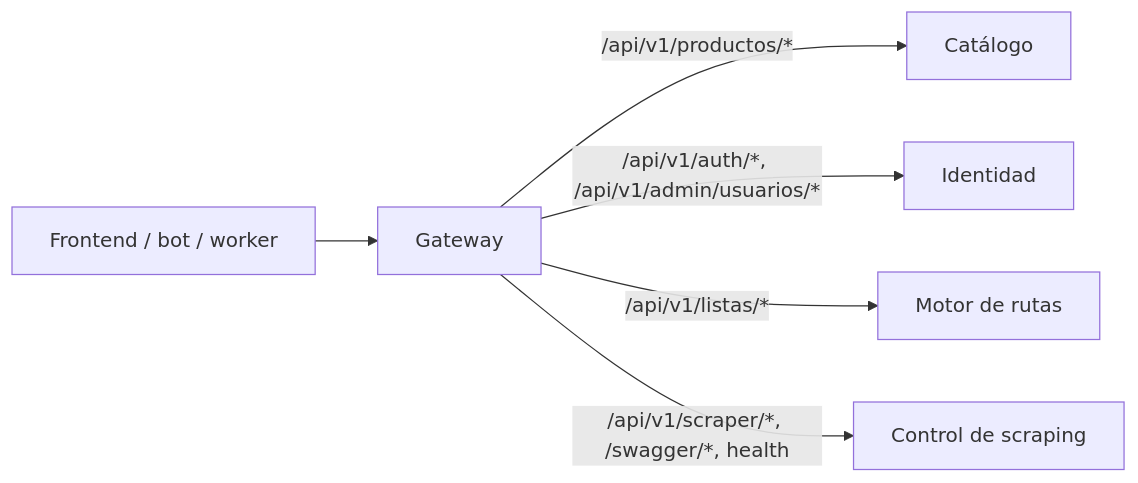
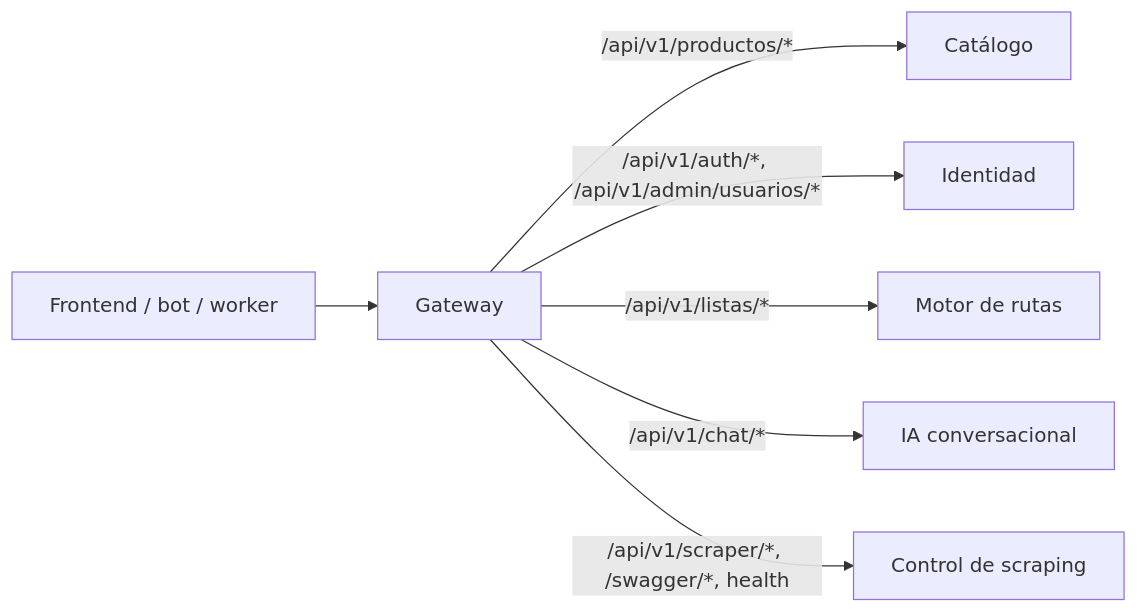
One commit to RutaAhorro/Taller_integracion_III changed the diagram in backend/gateway/README.md. Above: the diagram before and after it, drawn with Mermaid. The commit also changed other lines of this file and 2 other files, not shown here.

Commit message:
fix(gateway,docs): atender observaciones de review en tabla canonica, timeouts y test de 504 (SUP-278)

````diff
--- a/backend/gateway/README.md
+++ b/backend/gateway/README.md
@@ -9,8 +9,9 @@
 ```mermaid
 flowchart LR
     Clientes[Frontend / bot / worker] --> Gateway
     Gateway -->|/api/v1/productos/*| Catalogo[Catálogo]
     Gateway -->|/api/v1/auth/*, /api/v1/admin/usuarios/*| Identidad[Identidad]
     Gateway -->|/api/v1/listas/*| Rutas[Motor de rutas]
+    Gateway -->|/api/v1/chat/*| IA[IA conversacional]
     Gateway -->|/api/v1/scraper/*, /swagger/*, health| Control[Control de scraping]
 ```
````
